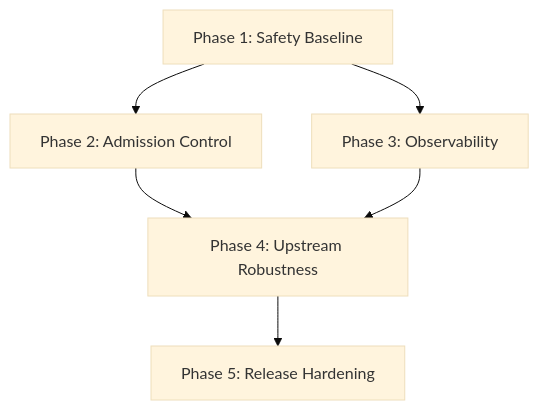
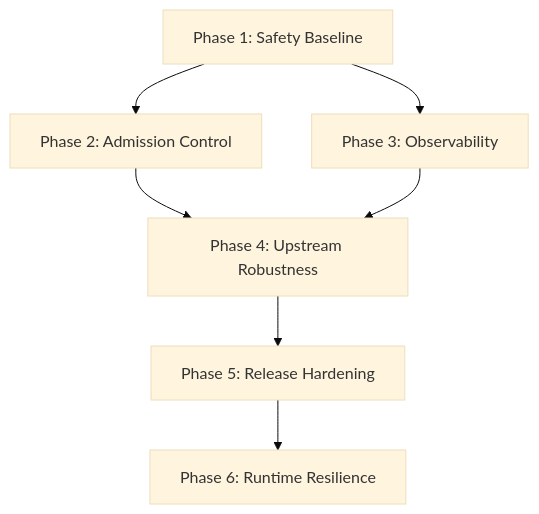
Before and after one commit to DeliciousBuding/grok2api: the diagram in docs/plan/dependency-graph.md, drawn with Mermaid (base theme). The commit also changed other lines of this file and 20 other files, not shown here.

Commit message:
Add runtime resilience telemetry and load smoke

````diff
--- a/docs/plan/dependency-graph.md
+++ b/docs/plan/dependency-graph.md
@@ -5,8 +5,9 @@
 ```mermaid
 graph TD
   P1["Phase 1: Safety Baseline"] --> P2["Phase 2: Admission Control"]
   P1 --> P3["Phase 3: Observability"]
   P2 --> P4["Phase 4: Upstream Robustness"]
   P3 --> P4
   P4 --> P5["Phase 5: Release Hardening"]
+  P5 --> P6["Phase 6: Runtime Resilience"]
 ```
````
